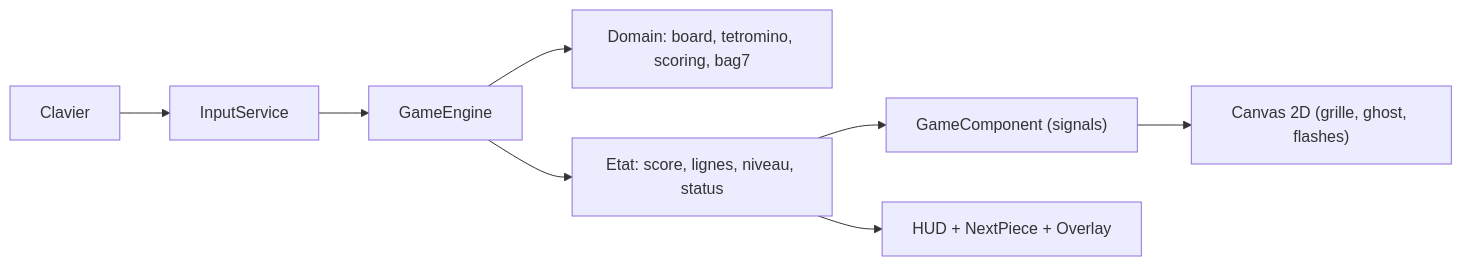
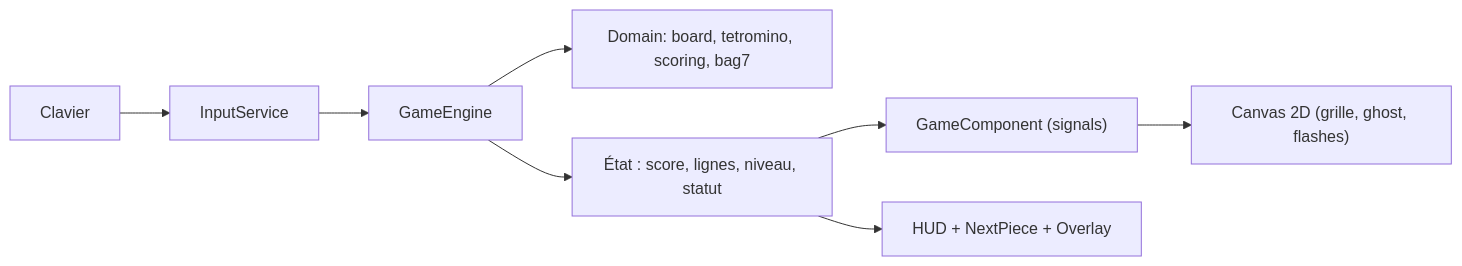
One commit to arnaud-wissart-lab/Tetrigular changed the diagram in README.md. Above: the diagram before and after it, drawn with Mermaid. The commit also changed other lines of this file and 2 other files, not shown here.

````diff
--- a/README.md
+++ b/README.md
@@ -39,10 +41,10 @@
 ```mermaid
 flowchart LR
   K["Clavier"] --> I["InputService"]
   I --> E["GameEngine"]
   E --> D["Domain: board, tetromino, scoring, bag7"]
-  E --> S["Etat: score, lignes, niveau, status"]
+  E --> S["État : score, lignes, niveau, statut"]
   S --> G["GameComponent (signals)"]
   G --> C["Canvas 2D (grille, ghost, flashes)"]
   S --> U["HUD + NextPiece + Overlay"]
 ```
````
